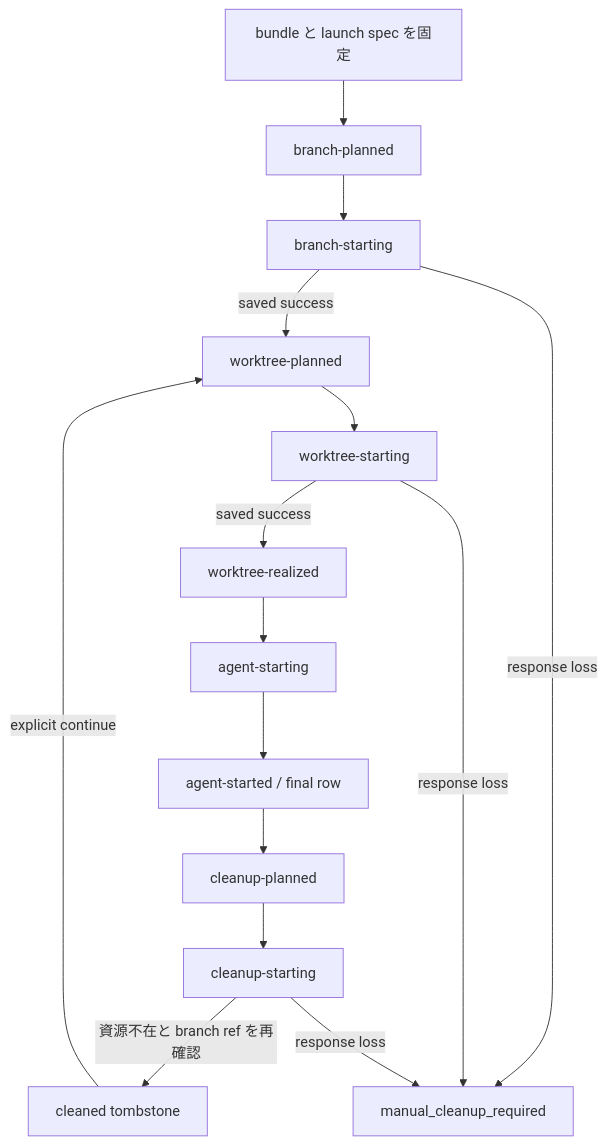
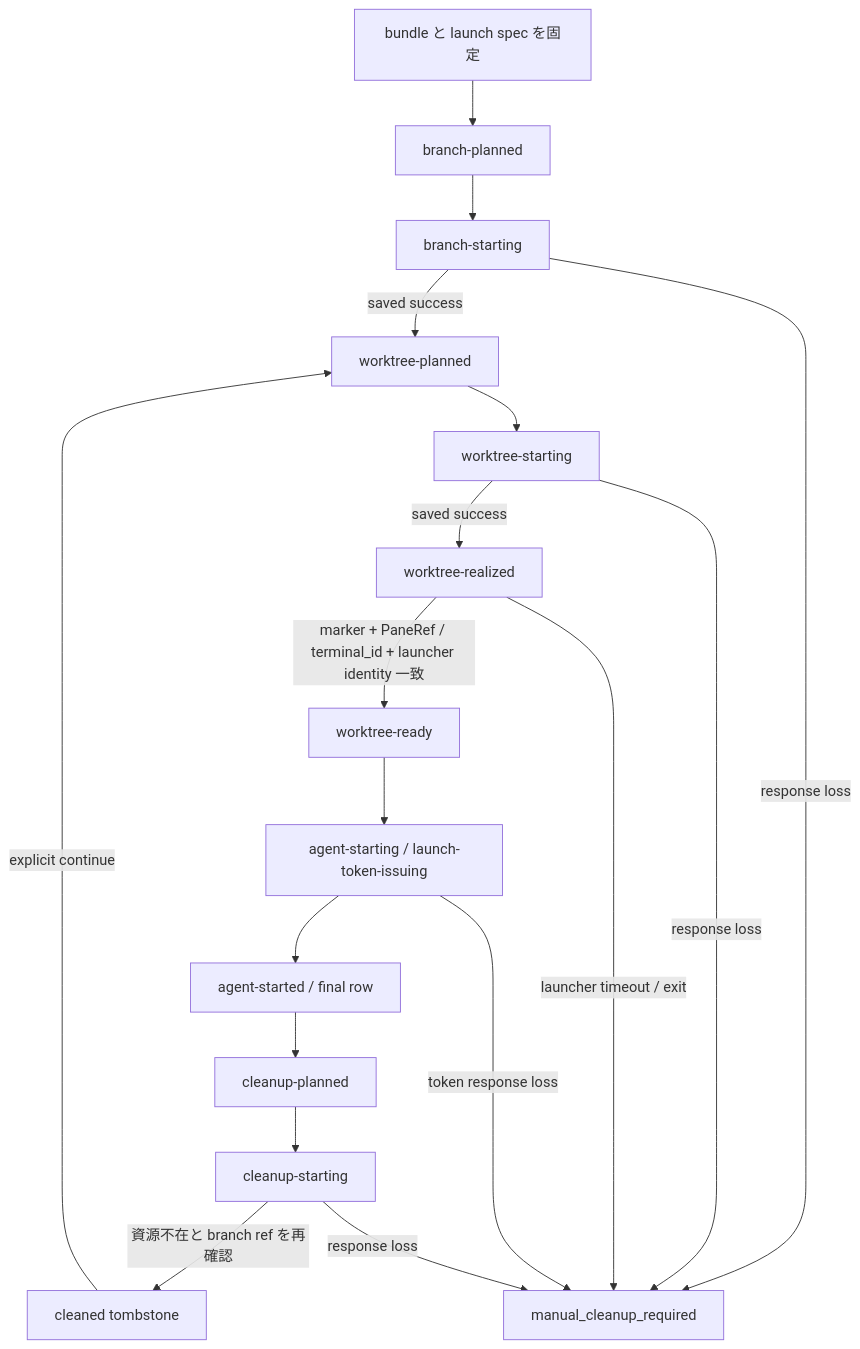
Before and after one commit to butaosuinu/fanout: the diagram in docs/herdr-runtime-backend-spike.ja.md, drawn with Mermaid. The commit also changed other lines of this file, not shown here.

Commit message:
docs: Herdr launch 契約の不整合を修正

````diff
--- a/docs/herdr-runtime-backend-spike.ja.md
+++ b/docs/herdr-runtime-backend-spike.ja.md
@@ -547,17 +549,20 @@
 ```mermaid
 flowchart TD
   A["bundle と launch spec を固定"] --> B["branch-planned"]
   B --> C["branch-starting"]
   C -->|saved success| D["worktree-planned"]
   D --> E["worktree-starting"]
   E -->|saved success| F["worktree-realized"]
-  F --> G["agent-starting"]
+  F -->|marker + PaneRef / terminal_id + launcher identity 一致| WR["worktree-ready"]
+  WR --> G["agent-starting / launch-token-issuing"]
   G --> H["agent-started / final row"]
   H --> I["cleanup-planned"]
   I --> J["cleanup-starting"]
   J -->|資源不在と branch ref を再確認| K["cleaned tombstone"]
   K -->|explicit continue| D
   C -->|response loss| X["manual_cleanup_required"]
   E -->|response loss| X
+  F -->|launcher timeout / exit| X
+  G -->|token response loss| X
   J -->|response loss| X
 ```
````
